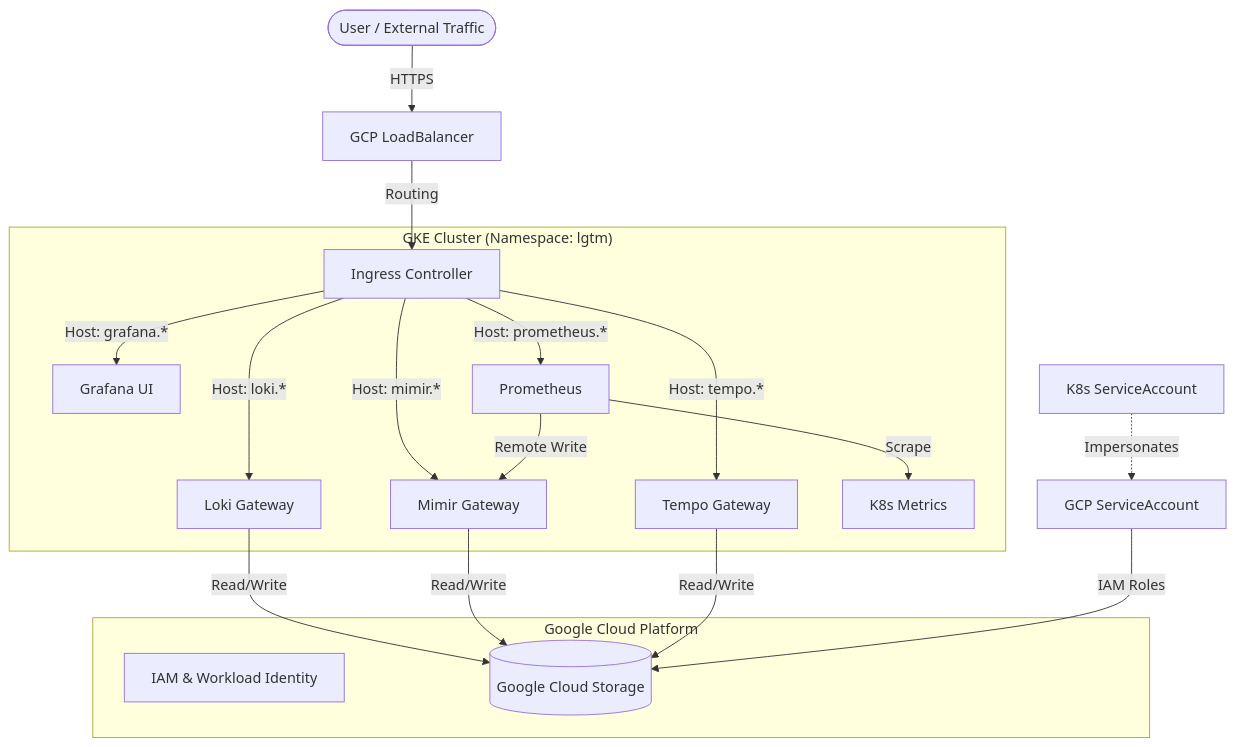
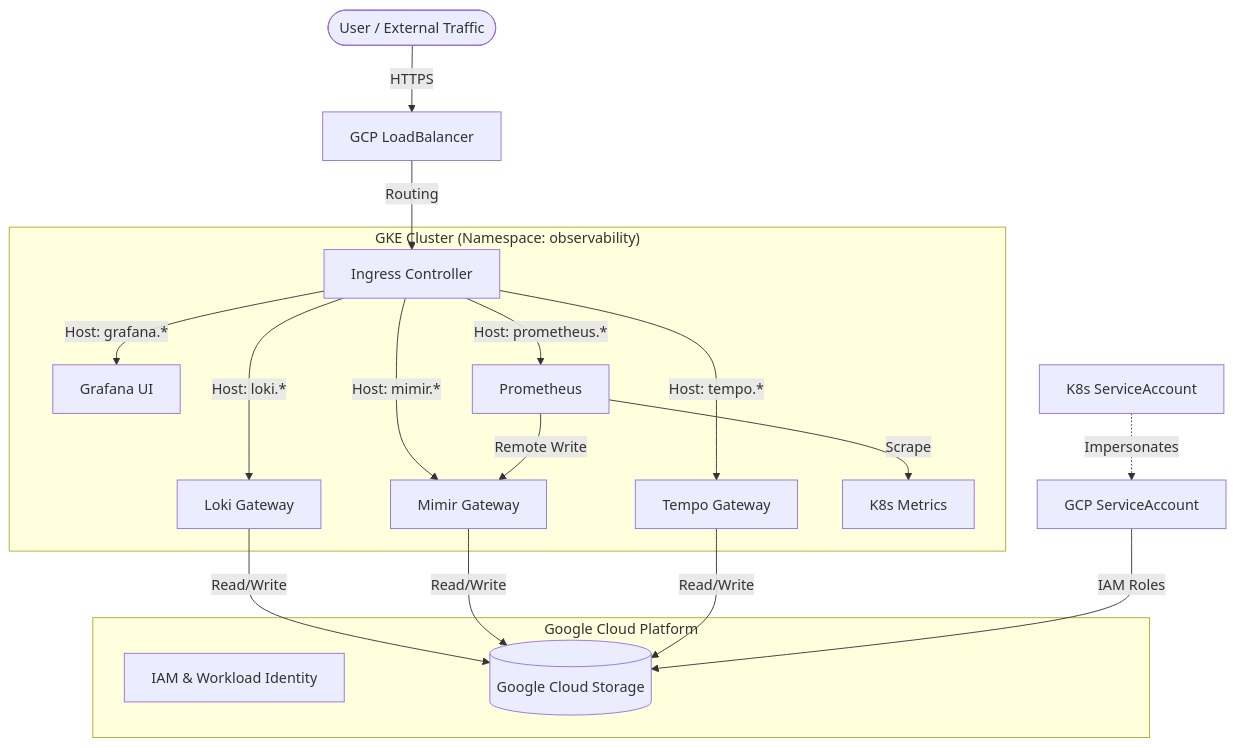
One commit to ADORSYS-GIS/netbird changed the diagram in docs/Kubernetes-Observability.md. Above: the diagram before and after it, drawn with Mermaid. The commit also changed other lines of this file and 26 other files, not shown here.

````diff
--- a/docs/Kubernetes-Observability.md
+++ b/docs/Kubernetes-Observability.md
@@ -22,28 +22,28 @@
 ```mermaid
 graph TD
     User([User / External Traffic]) -->|HTTPS| LB[GCP LoadBalancer]
     LB -->|Routing| Ingress[Ingress Controller]
     
-    subgraph "GKE Cluster (Namespace: lgtm)"
+    subgraph "GKE Cluster (Namespace: observability)"
         Ingress -->|Host: grafana.*| Grafana[Grafana UI]
         Ingress -->|Host: loki.*| Loki[Loki Gateway]
         Ingress -->|Host: mimir.*| Mimir[Mimir Gateway]
         Ingress -->|Host: tempo.*| Tempo[Tempo Gateway]
         Ingress -->|Host: prometheus.*| Prom[Prometheus]
         
         Prom -->|Remote Write| Mimir
         Prom -->|Scrape| K8s[K8s Metrics]
     end
     
     subgraph "Google Cloud Platform"
         IAM[IAM & Workload Identity]
         GCS[(Google Cloud Storage)]
     end
     
     Loki -->|Read/Write| GCS
     Mimir -->|Read/Write| GCS
     Tempo -->|Read/Write| GCS
     
     K8sSA[K8s ServiceAccount] -.->|Impersonates| GCPSA[GCP ServiceAccount]
     GCPSA -->|IAM Roles| GCS
 ```
````
